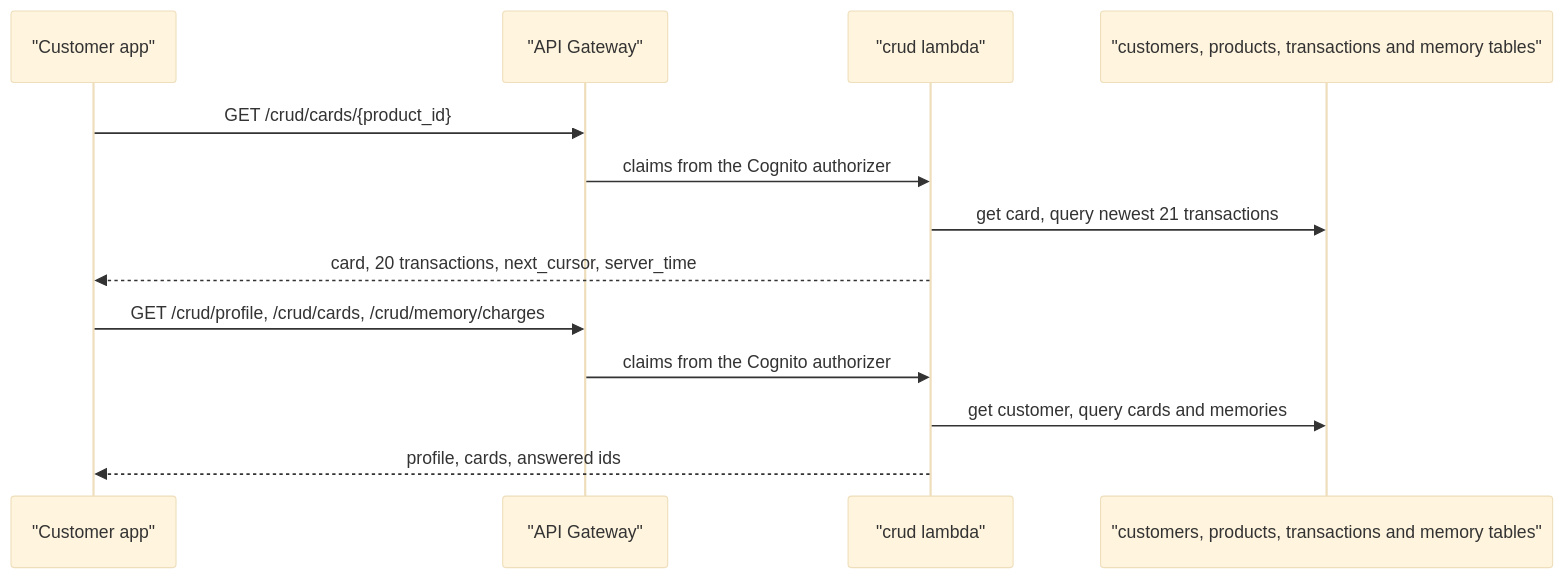
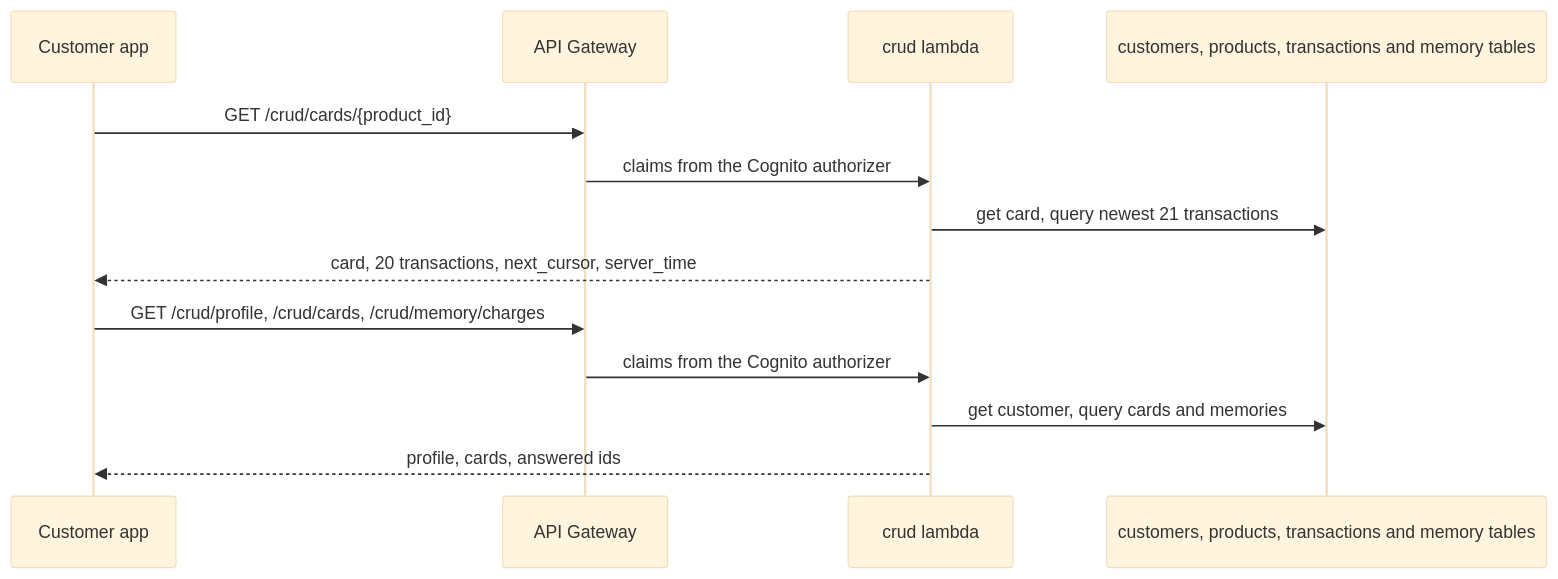
Before and after one commit to Team-ACGS/factored-hackathon-2026-acgs: diagram 12 of 17 in docs/modules/assistant/flows.md, drawn with Mermaid (base theme). The commit also changed other lines of this file and 6 other files, not shown here.

Commit message:
docs(assistant,cases,data,identity,messaging): reviewer findings on flows and readme, round 2

````diff
--- a/docs/modules/assistant/flows.md
+++ b/docs/modules/assistant/flows.md
@@ -408,15 +416,15 @@
 ```mermaid
 sequenceDiagram
-  participant App as "Customer app"
-  participant Gateway as "API Gateway"
-  participant Crud as "crud lambda"
-  participant Tables as "customers, products, transactions and memory tables"
+  participant App as Customer app
+  participant Gateway as API Gateway
+  participant Crud as crud lambda
+  participant Tables as customers, products, transactions and memory tables
   App->>Gateway: GET /crud/cards/{product_id}
   Gateway->>Crud: claims from the Cognito authorizer
   Crud->>Tables: get card, query newest 21 transactions
   Crud-->>App: card, 20 transactions, next_cursor, server_time
   App->>Gateway: GET /crud/profile, /crud/cards, /crud/memory/charges
   Gateway->>Crud: claims from the Cognito authorizer
   Crud->>Tables: get customer, query cards and memories
   Crud-->>App: profile, cards, answered ids
 ```
````
